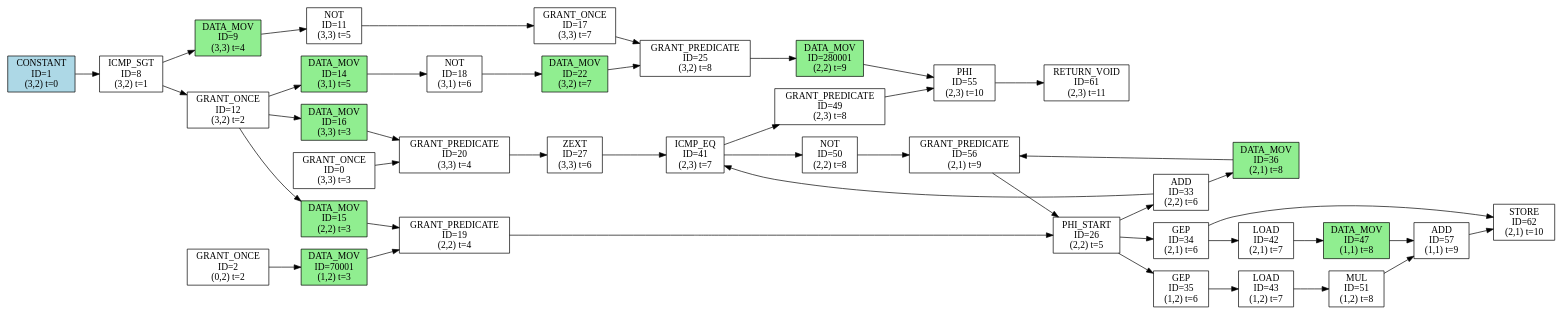
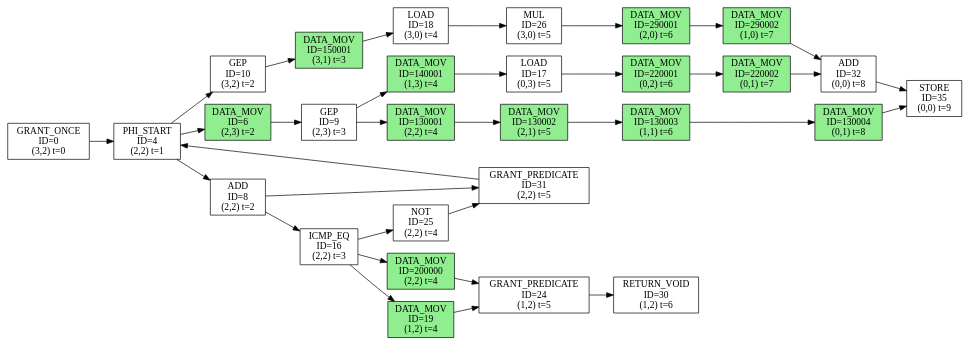
Before and after one commit to sarchlab/Zeonica_Testbench: the diagram in kernel/axpy/axpy-dfg.dot, drawn with Graphviz. The commit also changed 3 other files, not shown here.

```diff
--- a/kernel/axpy/axpy-dfg.dot
+++ b/kernel/axpy/axpy-dfg.dot
@@ -1,82 +1,64 @@
 digraph DFG {
   rankdir=LR;
   node [shape=box, style=filled];
-  n0 [label="GRANT_ONCE\nID=0\n(3,3) t=3", fillcolor=white];
-  n1 [label="CONSTANT\nID=1\n(3,2) t=0", fillcolor=lightblue];
-  n2 [label="GRANT_ONCE\nID=2\n(0,2) t=2", fillcolor=white];
-  n8 [label="ICMP_SGT\nID=8\n(3,2) t=1", fillcolor=white];
-  n9 [label="DATA_MOV\nID=9\n(3,3) t=4", fillcolor=lightgreen];
-  n11 [label="NOT\nID=11\n(3,3) t=5", fillcolor=white];
-  n12 [label="GRANT_ONCE\nID=12\n(3,2) t=2", fillcolor=white];
-  n14 [label="DATA_MOV\nID=14\n(3,1) t=5", fillcolor=lightgreen];
-  n15 [label="DATA_MOV\nID=15\n(2,2) t=3", fillcolor=lightgreen];
-  n16 [label="DATA_MOV\nID=16\n(3,3) t=3", fillcolor=lightgreen];
-  n17 [label="GRANT_ONCE\nID=17\n(3,3) t=7", fillcolor=white];
-  n18 [label="NOT\nID=18\n(3,1) t=6", fillcolor=white];
-  n19 [label="GRANT_PREDICATE\nID=19\n(2,2) t=4", fillcolor=white];
-  n20 [label="GRANT_PREDICATE\nID=20\n(3,3) t=4", fillcolor=white];
-  n22 [label="DATA_MOV\nID=22\n(3,2) t=7", fillcolor=lightgreen];
-  n25 [label="GRANT_PREDICATE\nID=25\n(3,2) t=8", fillcolor=white];
-  n26 [label="PHI_START\nID=26\n(2,2) t=5", fillcolor=white];
-  n27 [label="ZEXT\nID=27\n(3,3) t=6", fillcolor=white];
-  n33 [label="ADD\nID=33\n(2,2) t=6", fillcolor=white];
-  n34 [label="GEP\nID=34\n(2,1) t=6", fillcolor=white];
-  n35 [label="GEP\nID=35\n(1,2) t=6", fillcolor=white];
-  n36 [label="DATA_MOV\nID=36\n(2,1) t=8", fillcolor=lightgreen];
-  n41 [label="ICMP_EQ\nID=41\n(2,3) t=7", fillcolor=white];
-  n42 [label="LOAD\nID=42\n(2,1) t=7", fillcolor=white];
-  n43 [label="LOAD\nID=43\n(1,2) t=7", fillcolor=white];
-  n47 [label="DATA_MOV\nID=47\n(1,1) t=8", fillcolor=lightgreen];
-  n49 [label="GRANT_PREDICATE\nID=49\n(2,3) t=8", fillcolor=white];
-  n50 [label="NOT\nID=50\n(2,2) t=8", fillcolor=white];
-  n51 [label="MUL\nID=51\n(1,2) t=8", fillcolor=white];
-  n55 [label="PHI\nID=55\n(2,3) t=10", fillcolor=white];
-  n56 [label="GRANT_PREDICATE\nID=56\n(2,1) t=9", fillcolor=white];
-  n57 [label="ADD\nID=57\n(1,1) t=9", fillcolor=white];
-  n61 [label="RETURN_VOID\nID=61\n(2,3) t=11", fillcolor=white];
-  n62 [label="STORE\nID=62\n(2,1) t=10", fillcolor=white];
-  n70001 [label="DATA_MOV\nID=70001\n(1,2) t=3", fillcolor=lightgreen];
-  n280001 [label="DATA_MOV\nID=280001\n(2,2) t=9", fillcolor=lightgreen];
-  n8 -> n9;
-  n9 -> n11;
-  n12 -> n16;
-  n16 -> n20;
-  n12 -> n15;
-  n15 -> n19;
-  n12 -> n14;
-  n14 -> n18;
-  n18 -> n22;
-  n22 -> n25;
-  n42 -> n47;
-  n47 -> n57;
-  n33 -> n36;
-  n36 -> n56;
-  n2 -> n70001;
-  n25 -> n280001;
-  n51 -> n57;
-  n43 -> n51;
-  n41 -> n50;
-  n41 -> n49;
-  n35 -> n43;
-  n34 -> n62;
-  n33 -> n41;
-  n0 -> n20;
-  n57 -> n62;
-  n26 -> n35;
-  n1 -> n8;
-  n27 -> n41;
-  n70001 -> n19;
-  n34 -> n42;
-  n8 -> n12;
-  n49 -> n55;
-  n19 -> n26;
-  n11 -> n17;
-  n17 -> n25;
-  n50 -> n56;
-  n20 -> n27;
-  n280001 -> n55;
-  n55 -> n61;
-  n26 -> n33;
-  n56 -> n26;
-  n26 -> n34;
+  n0 [label="GRANT_ONCE\nID=0\n(3,2) t=0", fillcolor=white];
+  n4 [label="PHI_START\nID=4\n(2,2) t=1", fillcolor=white];
+  n6 [label="DATA_MOV\nID=6\n(2,3) t=2", fillcolor=lightgreen];
+  n8 [label="ADD\nID=8\n(2,2) t=2", fillcolor=white];
+  n9 [label="GEP\nID=9\n(2,3) t=3", fillcolor=white];
+  n10 [label="GEP\nID=10\n(3,2) t=2", fillcolor=white];
+  n16 [label="ICMP_EQ\nID=16\n(2,2) t=3", fillcolor=white];
+  n17 [label="LOAD\nID=17\n(0,3) t=5", fillcolor=white];
+  n18 [label="LOAD\nID=18\n(3,0) t=4", fillcolor=white];
+  n19 [label="DATA_MOV\nID=19\n(1,2) t=4", fillcolor=lightgreen];
+  n24 [label="GRANT_PREDICATE\nID=24\n(1,2) t=5", fillcolor=white];
+  n25 [label="NOT\nID=25\n(2,2) t=4", fillcolor=white];
+  n26 [label="MUL\nID=26\n(3,0) t=5", fillcolor=white];
+  n30 [label="RETURN_VOID\nID=30\n(1,2) t=6", fillcolor=white];
+  n31 [label="GRANT_PREDICATE\nID=31\n(2,2) t=5", fillcolor=white];
+  n32 [label="ADD\nID=32\n(0,0) t=8", fillcolor=white];
+  n35 [label="STORE\nID=35\n(0,0) t=9", fillcolor=white];
+  n130001 [label="DATA_MOV\nID=130001\n(2,2) t=4", fillcolor=lightgreen];
+  n130002 [label="DATA_MOV\nID=130002\n(2,1) t=5", fillcolor=lightgreen];
+  n130003 [label="DATA_MOV\nID=130003\n(1,1) t=6", fillcolor=lightgreen];
+  n130004 [label="DATA_MOV\nID=130004\n(0,1) t=8", fillcolor=lightgreen];
+  n140001 [label="DATA_MOV\nID=140001\n(1,3) t=4", fillcolor=lightgreen];
+  n150001 [label="DATA_MOV\nID=150001\n(3,1) t=3", fillcolor=lightgreen];
+  n200000 [label="DATA_MOV\nID=200000\n(2,2) t=4", fillcolor=lightgreen];
+  n220001 [label="DATA_MOV\nID=220001\n(0,2) t=6", fillcolor=lightgreen];
+  n220002 [label="DATA_MOV\nID=220002\n(0,1) t=7", fillcolor=lightgreen];
+  n290001 [label="DATA_MOV\nID=290001\n(2,0) t=6", fillcolor=lightgreen];
+  n290002 [label="DATA_MOV\nID=290002\n(1,0) t=7", fillcolor=lightgreen];
+  n4 -> n6;
+  n6 -> n9;
+  n16 -> n19;
+  n19 -> n24;
+  n10 -> n150001;
+  n9 -> n140001;
+  n26 -> n290001;
+  n290001 -> n290002;
+  n17 -> n220001;
+  n220001 -> n220002;
+  n9 -> n130001;
+  n130001 -> n130002;
+  n130002 -> n130003;
+  n130003 -> n130004;
+  n16 -> n200000;
+  n31 -> n4;
+  n290002 -> n32;
+  n25 -> n31;
+  n0 -> n4;
+  n32 -> n35;
+  n4 -> n8;
+  n4 -> n10;
+  n200000 -> n24;
+  n8 -> n31;
+  n8 -> n16;
+  n130004 -> n35;
+  n140001 -> n17;
+  n24 -> n30;
+  n150001 -> n18;
+  n16 -> n25;
+  n220002 -> n32;
+  n18 -> n26;
 }
```
